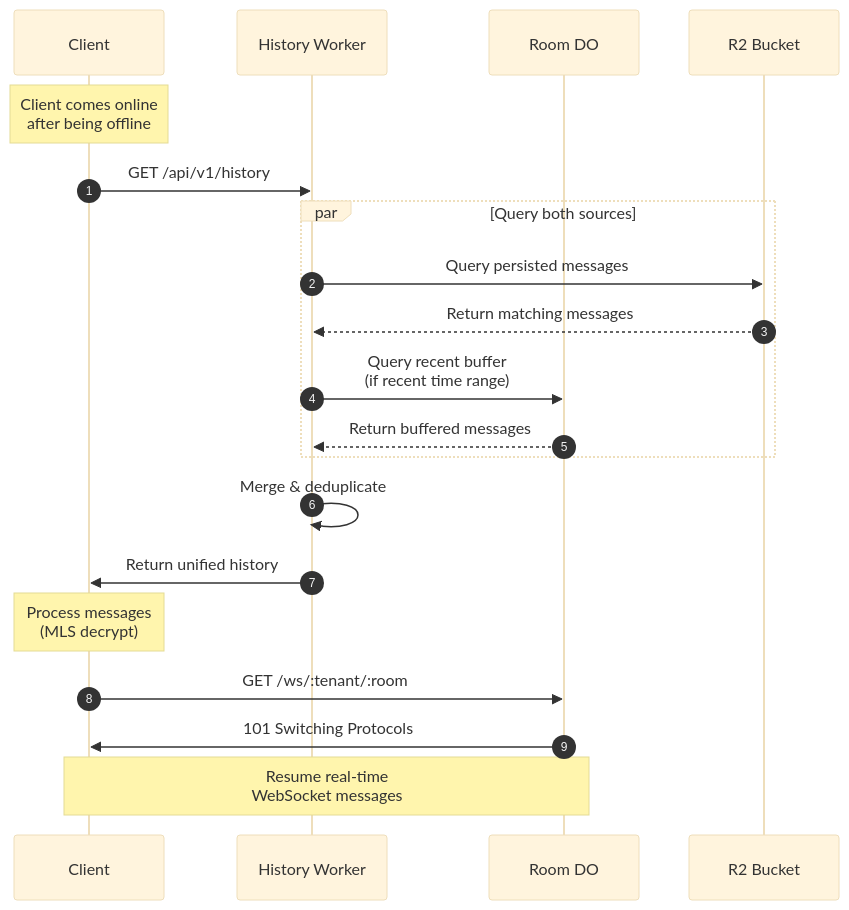
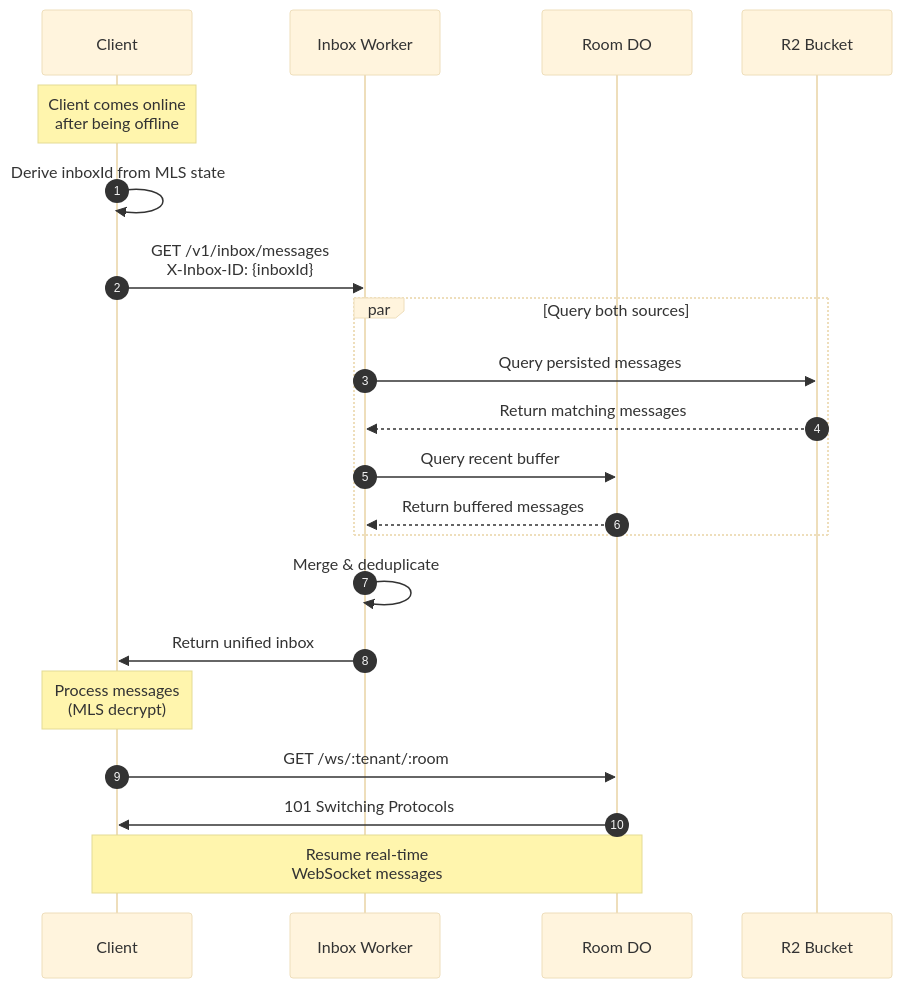
One commit to tunnl3d/design changed the fourth of 4 diagrams in infra-cf/data-plane.md. Above: the diagram before and after it, drawn with Mermaid (base theme). The commit also changed other lines of this file and 4 other files, not shown here.

````diff
--- a/infra-cf/data-plane.md
+++ b/infra-cf/data-plane.md
@@ -305,29 +350,30 @@
 ```mermaid
 sequenceDiagram
     autonumber
     participant C as Client
-    participant HW as History Worker
+    participant IW as Inbox Worker
     participant DO as Room DO
     participant R2 as R2 Bucket
 
     Note over C: Client comes online<br/>after being offline
 
-    C->>HW: GET /api/v1/history
+    C->>C: Derive inboxId from MLS state
+    C->>IW: GET /v1/inbox/messages<br/>X-Inbox-ID: {inboxId}
     
     par Query both sources
-        HW->>R2: Query persisted messages
-        R2-->>HW: Return matching messages
-        HW->>DO: Query recent buffer<br/>(if recent time range)
-        DO-->>HW: Return buffered messages
+        IW->>R2: Query persisted messages
+        R2-->>IW: Return matching messages
+        IW->>DO: Query recent buffer
+        DO-->>IW: Return buffered messages
     end
     
-    HW->>HW: Merge & deduplicate
-    HW->>C: Return unified history
+    IW->>IW: Merge & deduplicate
+    IW->>C: Return unified inbox
 
     Note over C: Process messages<br/>(MLS decrypt)
 
     C->>DO: GET /ws/:tenant/:room
     DO->>C: 101 Switching Protocols
 
     Note over C,DO: Resume real-time<br/>WebSocket messages
 ```
````
